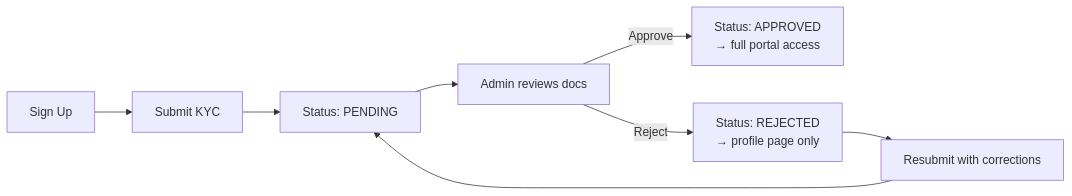
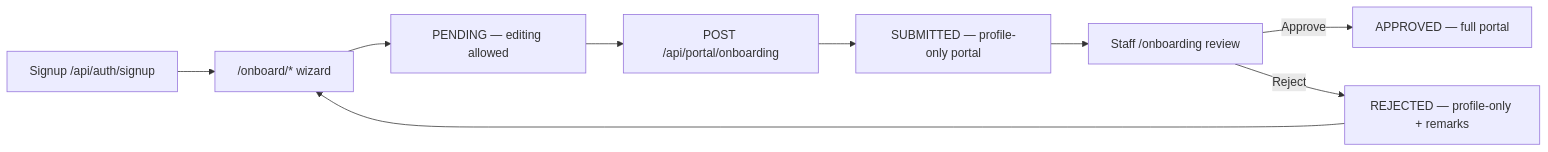
Before and after one commit to shunlink/tms: diagram 16 of 20 in docs/ARCHITECTURE_AND_USER_FLOW.md, drawn with Mermaid. The commit also changed other lines of this file and 7 other files, not shown here.

````diff
--- a/docs/ARCHITECTURE_AND_USER_FLOW.md
+++ b/docs/ARCHITECTURE_AND_USER_FLOW.md
@@ -573,10 +555,11 @@
 ```mermaid
 flowchart LR
-    SIGNUP["Sign Up"] --> SUBMIT["Submit KYC"]
-    SUBMIT --> PENDING["Status: PENDING"]
-    PENDING --> REVIEW["Admin reviews docs"]
-    REVIEW -->|Approve| APPROVED["Status: APPROVED<br/>→ full portal access"]
-    REVIEW -->|Reject| REJECTED["Status: REJECTED<br/>→ profile page only"]
-    REJECTED --> RESUBMIT["Resubmit with corrections"]
-    RESUBMIT --> PENDING
+    SIGNUP["Signup /api/auth/signup"] --> ONB["/onboard/* wizard"]
+    ONB --> PENDING["PENDING — editing allowed"]
+    PENDING --> SUBMIT["POST /api/portal/onboarding"]
+    SUBMIT --> SUBMITTED["SUBMITTED — profile-only portal"]
+    SUBMITTED --> REVIEW["Staff /onboarding review"]
+    REVIEW -->|Approve| APPROVED["APPROVED — full portal"]
+    REVIEW -->|Reject| REJECTED["REJECTED — profile-only + remarks"]
+    REJECTED --> ONB
 ```
````
